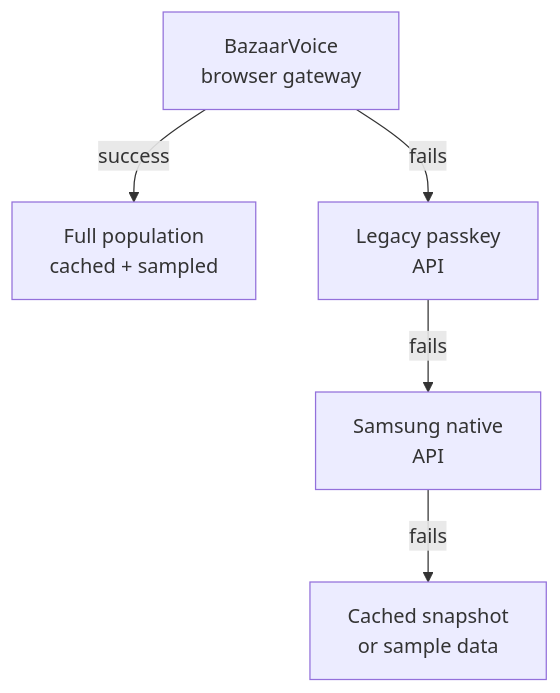
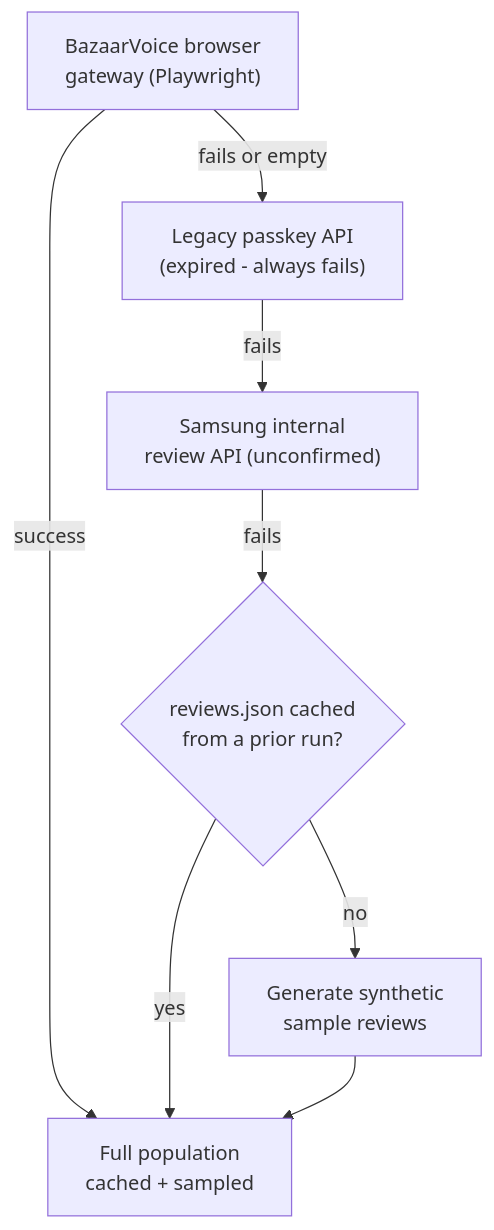
The second of 4 diagrams in README.md (dianakang/voc-intelligence-platform), drawn with Mermaid before and after one commit. The commit also changed other lines of this file, not shown here.

````diff
--- a/README.md
+++ b/README.md
@@ -40,7 +40,10 @@
 ```mermaid
 flowchart TD
-    R1["BazaarVoice<br/>browser gateway"] -->|success| R5["Full population<br/>cached + sampled"]
-    R1 -->|fails| R2["Legacy passkey<br/>API"]
-    R2 -->|fails| R3["Samsung native<br/>API"]
-    R3 -->|fails| R4["Cached snapshot<br/>or sample data"]
+    R1["BazaarVoice browser<br/>gateway (Playwright)"] -->|success| R6["Full population<br/>cached + sampled"]
+    R1 -->|fails or empty| R2["Legacy passkey API<br/>(expired - always fails)"]
+    R2 -->|fails| R3["Samsung internal<br/>review API (unconfirmed)"]
+    R3 -->|fails| R4{"reviews.json cached<br/>from a prior run?"}
+    R4 -->|yes| R6
+    R4 -->|no| R5["Generate synthetic<br/>sample reviews"]
+    R5 --> R6
 ```
````
